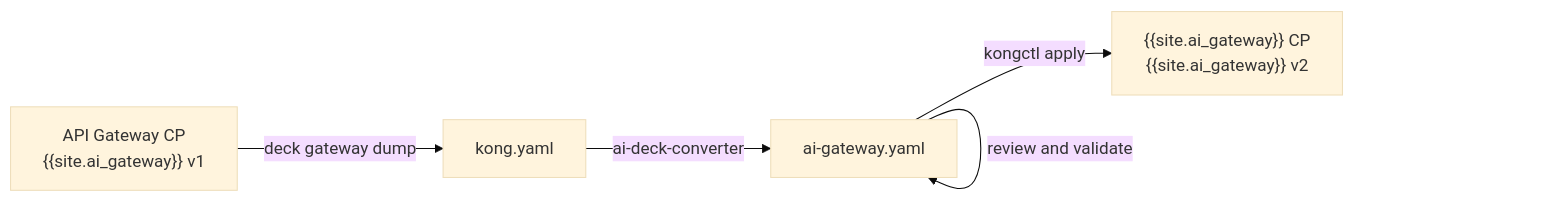
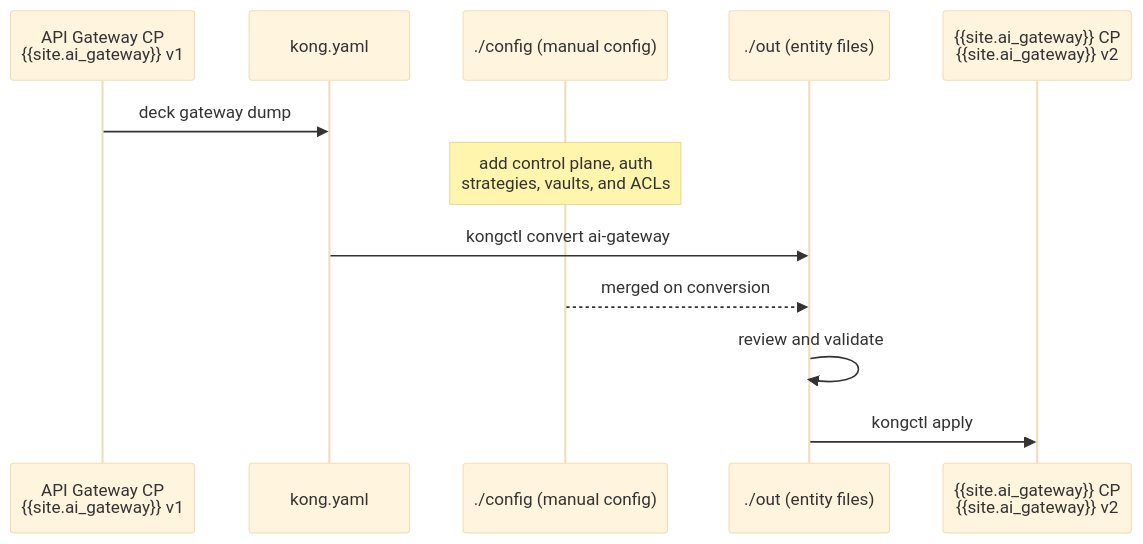
The diagram in app/ai-gateway/v2-migration-guide.md (Kong/developer.konghq.com), drawn with Mermaid (base theme) before and after one commit. The commit also changed other lines of this file, not shown here.

First line of the commit message:
[DRAFT] fix(ai-gateway): update the AI Gateway V2 migration guide to use the new tooling (#6457)

```diff
--- a/app/ai-gateway/v2-migration-guide.md
+++ b/app/ai-gateway/v2-migration-guide.md
@@ -61,7 +63,15 @@
 {% mermaid %}
-flowchart LR
-    A["API Gateway CP<br/>{{site.ai_gateway}} v1"] -->|deck gateway dump| B["kong.yaml"]
-    B -->|ai-deck-converter| C["ai-gateway.yaml"]
-    C -->|review and validate| C
-    C -->|kongctl apply| D["{{site.ai_gateway}} CP<br/>{{site.ai_gateway}} v2"]
+sequenceDiagram
+    participant A as API Gateway CP<br/>{{site.ai_gateway}} v1
+    participant B as kong.yaml
+    participant C as ./config (manual config)
+    participant D as ./out (entity files)
+    participant E as {{site.ai_gateway}} CP<br/>{{site.ai_gateway}} v2
+
+    A->>B: deck gateway dump
+    Note over C: add control plane, auth<br/>strategies, vaults, and ACLs
+    B->>D: kongctl convert ai-gateway
+    C-->>D: merged on conversion
+    D->>D: review and validate
+    D->>E: kongctl apply
 {% endmermaid %}
```
